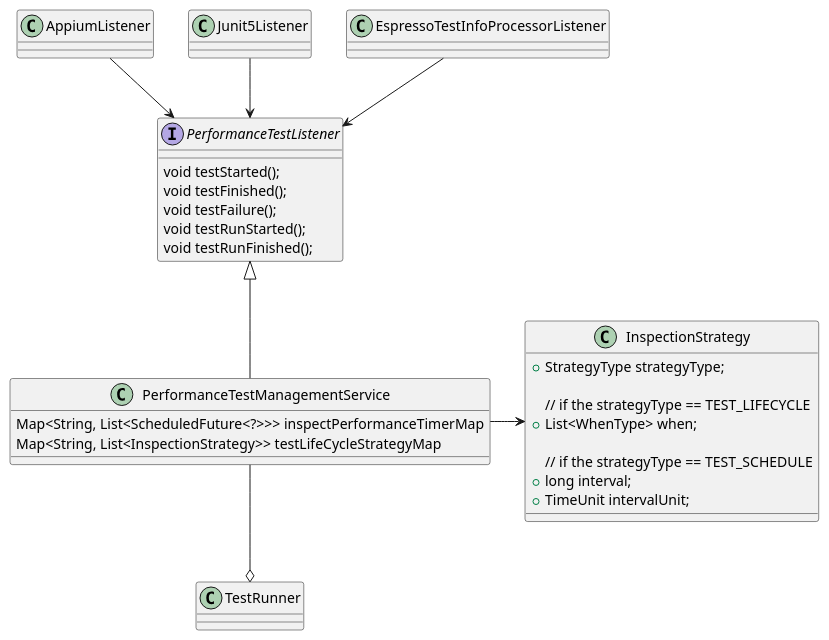
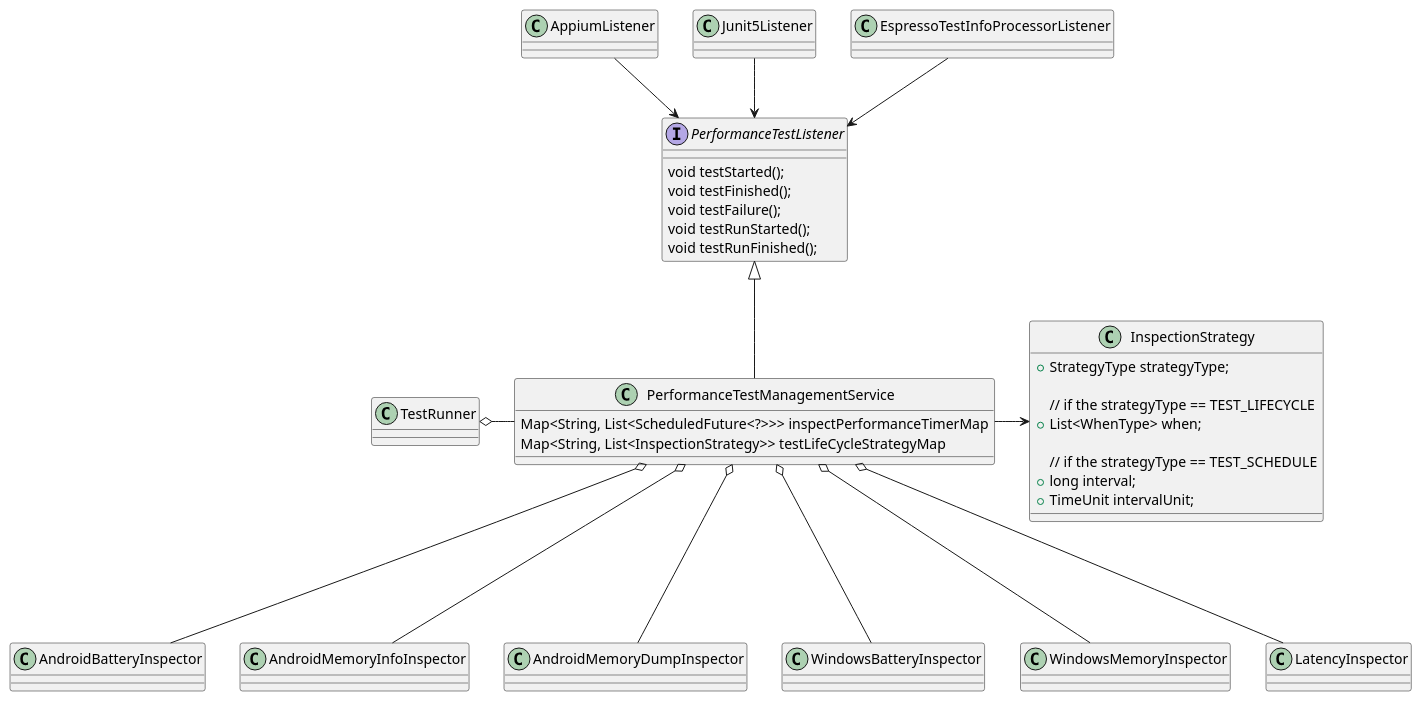
One commit to microsoft/HydraLab changed the third of 5 diagrams in agent/doc/UML/performance_test_design.puml. Above: the diagram before and after it, drawn with PlantUML. The commit also changed other lines of this file and 11 other files, not shown here.

Commit message:
Design for latency test

```diff
--- a/agent/doc/UML/performance_test_design.puml
+++ b/agent/doc/UML/performance_test_design.puml
@@ -64,34 +86,41 @@
 @startuml perf_test_class_design
 class InspectionStrategy {
 
     + StrategyType strategyType;
 
     // if the strategyType == TEST_LIFECYCLE
     + List<WhenType> when;
 
     // if the strategyType == TEST_SCHEDULE
     + long interval;
     + TimeUnit intervalUnit;
 }
 
 interface PerformanceTestListener {
     void testStarted();
     void testFinished();
     void testFailure();
     void testRunStarted();
     void testRunFinished();
 }
 
 class PerformanceTestManagementService {
     Map<String, List<ScheduledFuture<?>>> inspectPerformanceTimerMap
     Map<String, List<InspectionStrategy>> testLifeCycleStrategyMap
 }
 
+AndroidBatteryInspector -up--o PerformanceTestManagementService
+AndroidMemoryInfoInspector -up--o PerformanceTestManagementService
+AndroidMemoryDumpInspector -up--o PerformanceTestManagementService
+WindowsBatteryInspector -up--o PerformanceTestManagementService
+WindowsMemoryInspector -up--o PerformanceTestManagementService
+LatencyInspector -up--o PerformanceTestManagementService
+
 PerformanceTestManagementService -> InspectionStrategy
 PerformanceTestManagementService -u-|> PerformanceTestListener
 
-PerformanceTestManagementService -d-o TestRunner
+PerformanceTestManagementService -left-o TestRunner
 AppiumListener -d->  PerformanceTestListener
 Junit5Listener -d->  PerformanceTestListener
 EspressoTestInfoProcessorListener  -d->  PerformanceTestListener
 @enduml
```
